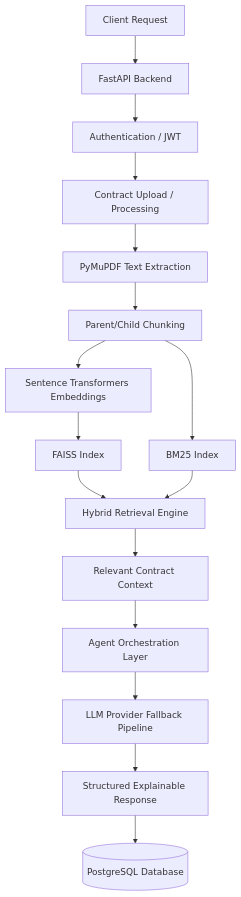
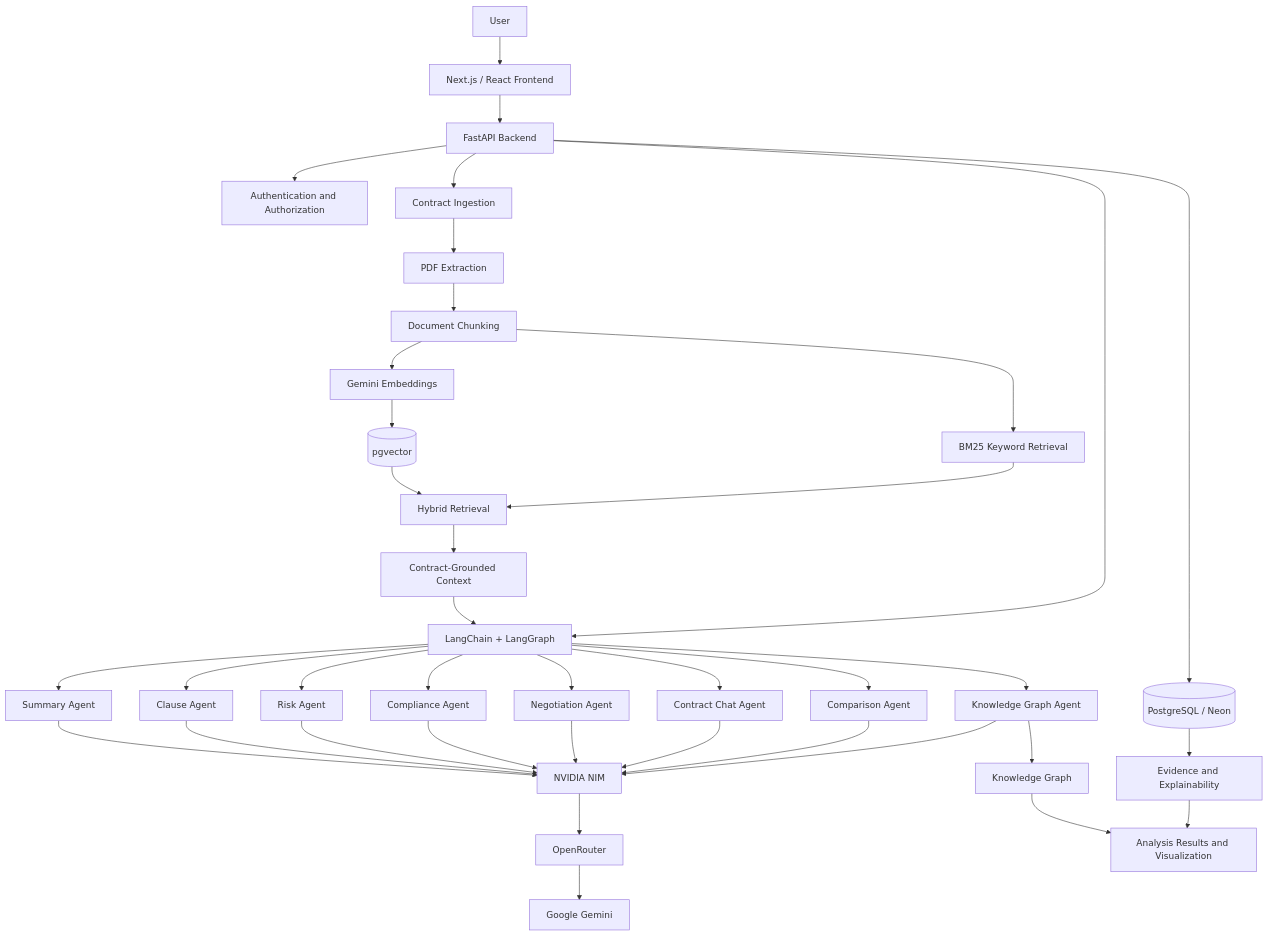
The first of 2 diagrams in README.md (Revathy1234-sketch/LegalGPT), drawn with Mermaid before and after one commit. The commit also changed other lines of this file, not shown here.

Commit message:
Update README to reflect current project architecture and remove Enterprise branding

````diff
--- a/README.md
+++ b/README.md
@@ -30,18 +29,88 @@
 ```mermaid
-flowchart TD
-    A[Client Request] --> B[FastAPI Backend]
-    B --> C[Authentication / JWT]
-    C --> D[Contract Upload / Processing]
-    D --> E[PyMuPDF Text Extraction]
-    E --> F[Parent/Child Chunking]
-    F --> G[Sentence Transformers Embeddings]
-    G --> H[FAISS Index]
-    F --> I[BM25 Index]
-    H --> J[Hybrid Retrieval Engine]
-    I --> J
-    J --> K[Relevant Contract Context]
-    K --> L[Agent Orchestration Layer]
-    L --> M[LLM Provider Fallback Pipeline]
-    M --> N[Structured Explainable Response]
-    N --> O[(PostgreSQL Database)]
+flowchart TB
+
+    U[User]
+
+    FE[Next.js / React Frontend]
+
+    API[FastAPI Backend]
+
+    AUTH[Authentication and Authorization]
+
+    INGEST[Contract Ingestion]
+    PDF[PDF Extraction]
+    CHUNK[Document Chunking]
+    EMBED[Gemini Embeddings]
+
+    DB[(PostgreSQL / Neon)]
+    VECTOR[(pgvector)]
+    BM25[BM25 Keyword Retrieval]
+
+    RETRIEVAL[Hybrid Retrieval]
+    CONTEXT[Contract-Grounded Context]
+
+    ORCH[LangChain + LangGraph]
+
+    SUMMARY[Summary Agent]
+    CLAUSE[Clause Agent]
+    RISK[Risk Agent]
+    COMPLIANCE[Compliance Agent]
+    NEGOTIATION[Negotiation Agent]
+    CHAT[Contract Chat Agent]
+    COMPARISON[Comparison Agent]
+    GRAPH[Knowledge Graph Agent]
+
+    LLM[NVIDIA NIM]
+    OPENROUTER[OpenRouter]
+    GEMINI[Google Gemini]
+
+    EVIDENCE[Evidence and Explainability]
+    KG[Knowledge Graph]
+    UI[Analysis Results and Visualization]
+
+    U --> FE
+    FE --> API
+    API --> AUTH
+
+    API --> INGEST
+    INGEST --> PDF
+    PDF --> CHUNK
+    CHUNK --> EMBED
+
+    EMBED --> VECTOR
+    CHUNK --> BM25
+
+    VECTOR --> RETRIEVAL
+    BM25 --> RETRIEVAL
+    RETRIEVAL --> CONTEXT
+
+    API --> ORCH
+    CONTEXT --> ORCH
+
+    ORCH --> SUMMARY
+    ORCH --> CLAUSE
+    ORCH --> RISK
+    ORCH --> COMPLIANCE
+    ORCH --> NEGOTIATION
+    ORCH --> CHAT
+    ORCH --> COMPARISON
+    ORCH --> GRAPH
+
+    SUMMARY --> LLM
+    CLAUSE --> LLM
+    RISK --> LLM
+    COMPLIANCE --> LLM
+    NEGOTIATION --> LLM
+    CHAT --> LLM
+    COMPARISON --> LLM
+    GRAPH --> LLM
+
+    LLM --> OPENROUTER
+    OPENROUTER --> GEMINI
+
+    API --> DB
+    DB --> EVIDENCE
+    GRAPH --> KG
+    EVIDENCE --> UI
+    KG --> UI
 ```
````
